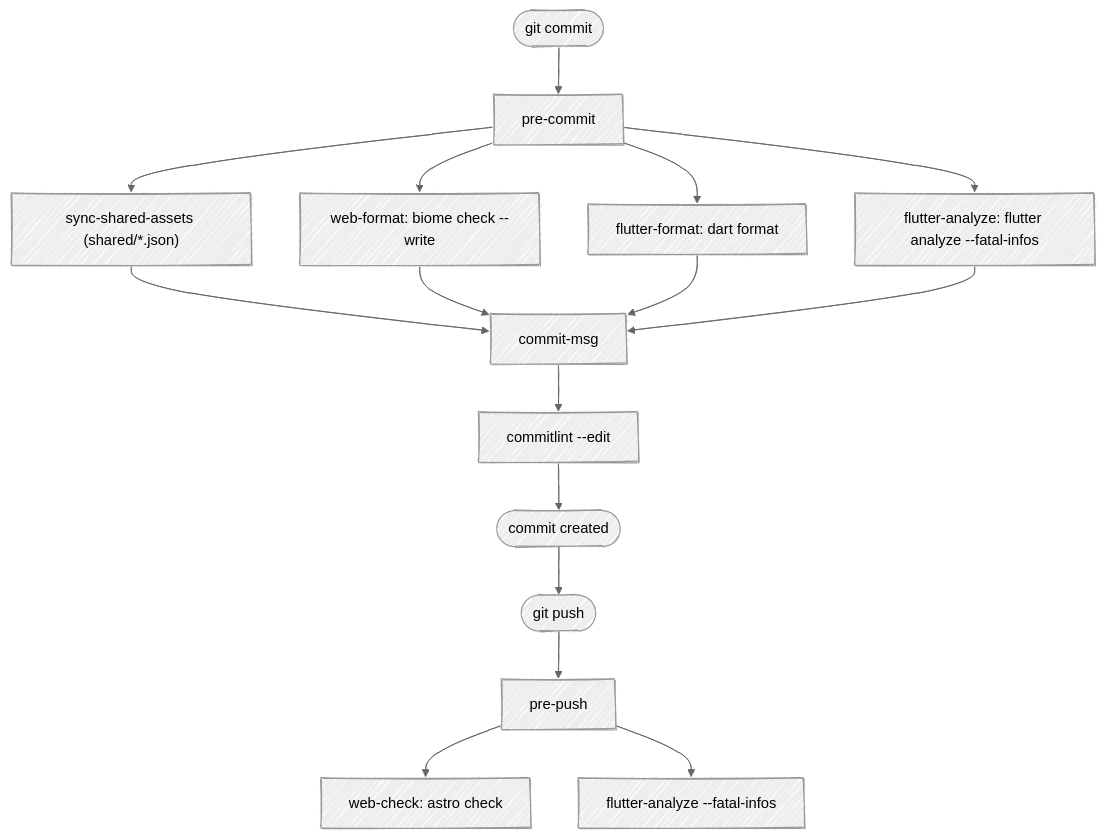
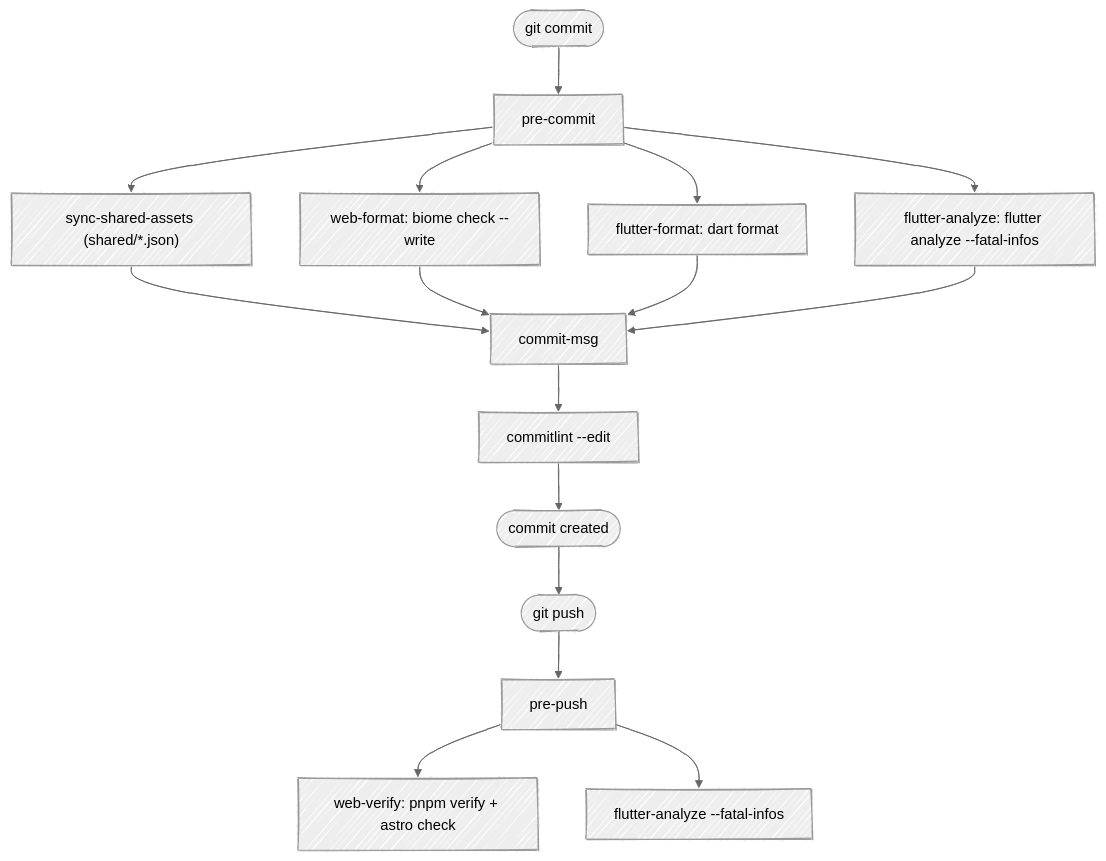
Before and after one commit to fbuireu/contribKit: the diagram in docs/wiki/Git-Hooks.md, drawn with Mermaid. The commit also changed other lines of this file and 16 other files, not shown here.

````diff
--- a/docs/wiki/Git-Hooks.md
+++ b/docs/wiki/Git-Hooks.md
@@ -37,19 +37,19 @@
 ```mermaid
 ---
 config:
   look: handDrawn
   theme: neutral
 ---
 flowchart TD
     commit(["git commit"]) --> pc["pre-commit"]
     pc --> sync["sync-shared-assets (shared/*.json)"]
     pc --> webfmt["web-format: biome check --write"]
     pc --> dartfmt["flutter-format: dart format"]
     pc --> analyze["flutter-analyze: flutter analyze --fatal-infos"]
     sync & webfmt & dartfmt & analyze --> cm["commit-msg"]
     cm --> lint["commitlint --edit"]
     lint --> done(["commit created"])
     done --> push(["git push"]) --> pp["pre-push"]
-    pp --> webcheck["web-check: astro check"]
+    pp --> webcheck["web-verify: pnpm verify + astro check"]
     pp --> dartcheck["flutter-analyze --fatal-infos"]
 ```
````
